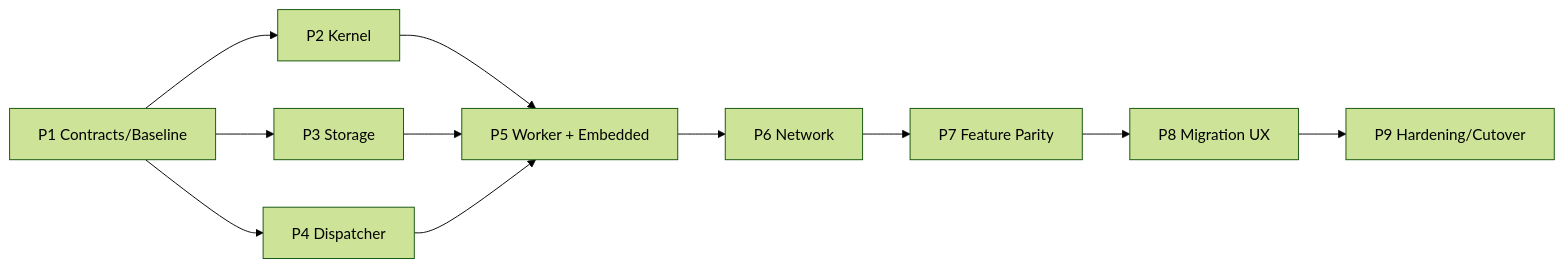
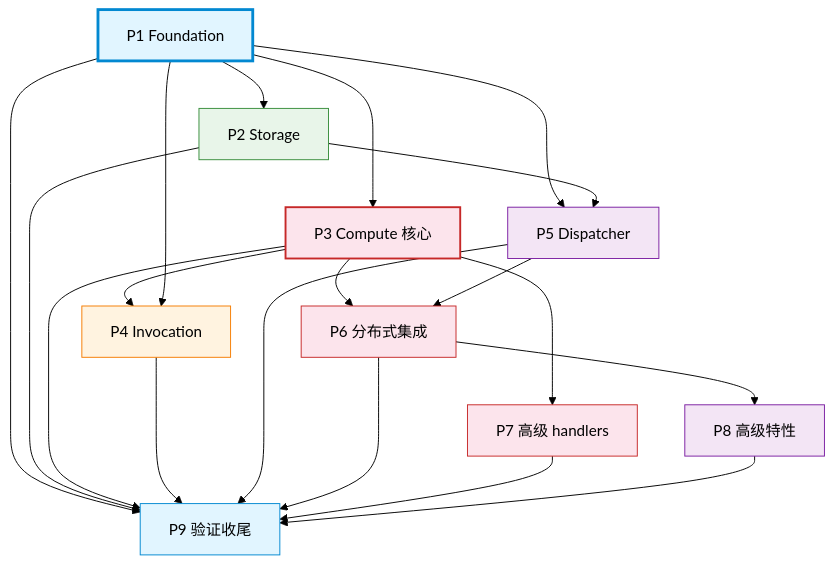
Before and after one commit to RESBI/StockStatistic: the diagram in V31design/realizeV31/README.md, drawn with Mermaid (forest theme). The commit also changed other lines of this file and 475 other files, not shown here.

First line of the commit message:
V3.1 design: finalize architecture docs + implementation reports

````diff
--- a/V31design/realizeV31/README.md
+++ b/V31design/realizeV31/README.md
@@ -37,13 +44,41 @@
 ```mermaid
-graph LR
-    P1[P1 Contracts/Baseline] --> P2[P2 Kernel]
-    P1 --> P3[P3 Storage]
-    P1 --> P4[P4 Dispatcher]
-    P2 --> P5[P5 Worker + Embedded]
-    P3 --> P5
-    P4 --> P5
-    P5 --> P6[P6 Network]
-    P6 --> P7[P7 Feature Parity]
-    P7 --> P8[P8 Migration UX]
-    P8 --> P9[P9 Hardening/Cutover]
+graph TB
+    P1[P1 Foundation]
+    P2[P2 Storage]
+    P3[P3 Compute 核心]
+    P4[P4 Invocation]
+    P5[P5 Dispatcher]
+    P6[P6 分布式集成]
+    P7[P7 高级 handlers]
+    P8[P8 高级特性]
+    P9[P9 验证收尾]
+
+    P1 --> P2
+    P1 --> P3
+    P3 --> P4
+    P1 --> P4
+    P1 --> P5
+    P2 --> P5
+    P3 --> P6
+    P5 --> P6
+    P3 --> P7
+    P6 --> P8
+    P1 --> P9
+    P2 --> P9
+    P3 --> P9
+    P4 --> P9
+    P5 --> P9
+    P6 --> P9
+    P7 --> P9
+    P8 --> P9
+
+    style P1 fill:#e1f5ff,stroke:#0288d1,stroke-width:3px
+    style P2 fill:#e8f5e9,stroke:#388e3c
+    style P3 fill:#fce4ec,stroke:#c62828,stroke-width:2px
+    style P4 fill:#fff3e0,stroke:#f57c00
+    style P5 fill:#f3e5f5,stroke:#7b1fa2
+    style P6 fill:#fce4ec,stroke:#c62828
+    style P7 fill:#fce4ec,stroke:#c62828
+    style P8 fill:#f3e5f5,stroke:#7b1fa2
+    style P9 fill:#e1f5ff,stroke:#0288d1
 ```
````
